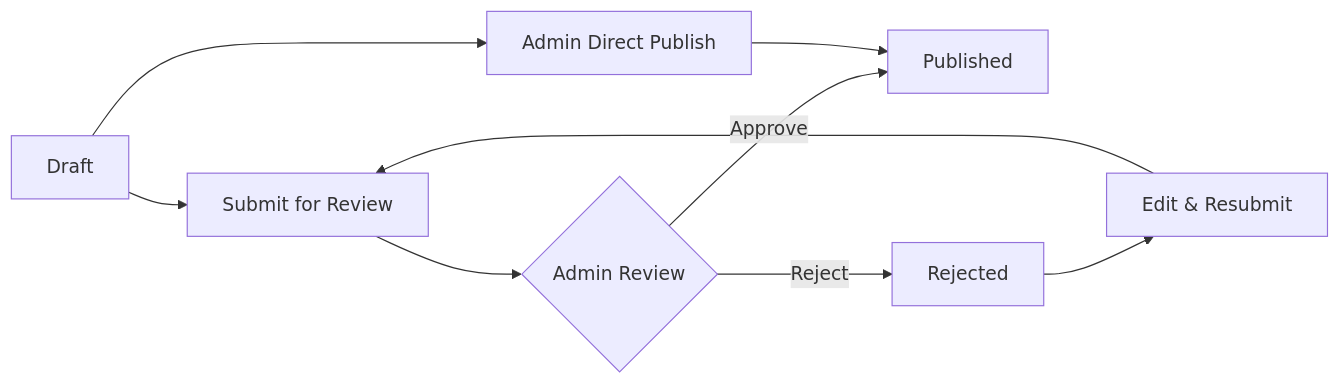
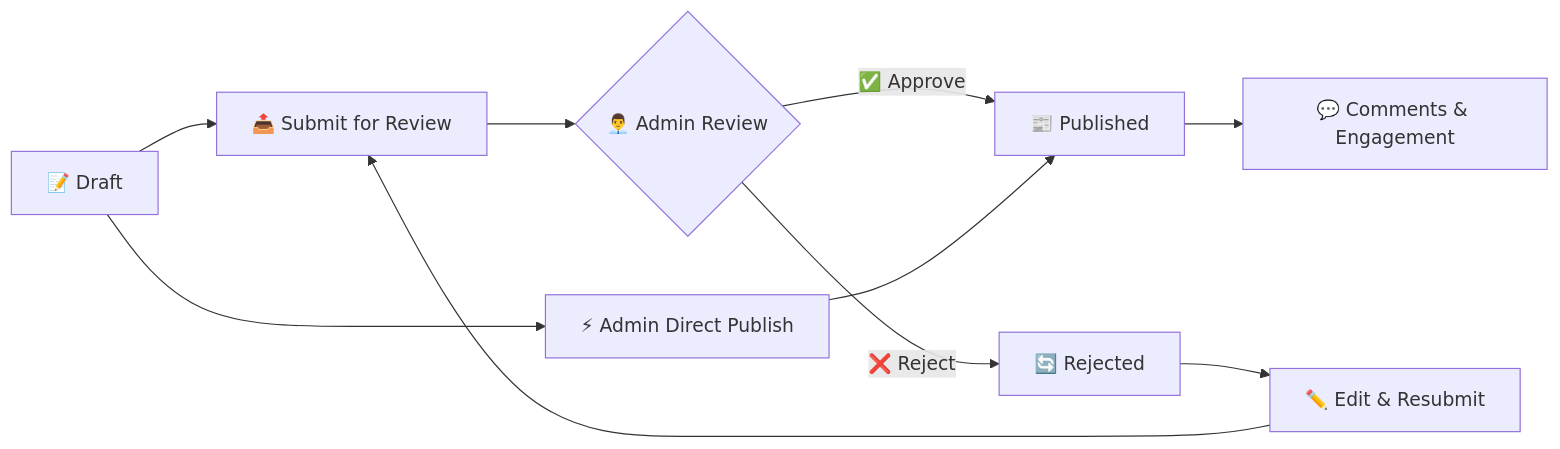
Before and after one commit to vaibhav98m/Builder-mystic-works: the diagram in README.md, drawn with Mermaid. The commit also changed other lines of this file, not shown here.

````diff
--- a/README.md
+++ b/README.md
@@ -189,11 +229,12 @@
 ```mermaid
 graph LR
-    A[Draft] --> B[Submit for Review]
-    B --> C{Admin Review}
-    C -->|Approve| D[Published]
-    C -->|Reject| E[Rejected]
-    E --> F[Edit & Resubmit]
+    A[📝 Draft] --> B[📤 Submit for Review]
+    B --> C{👨‍💼 Admin Review}
+    C -->|✅ Approve| D[📰 Published]
+    C -->|❌ Reject| E[🔄 Rejected]
+    E --> F[✏️ Edit & Resubmit]
     F --> B
-    A --> G[Admin Direct Publish]
+    A --> G[⚡ Admin Direct Publish]
     G --> D
+    D --> H[💬 Comments & Engagement]
 ```
````
